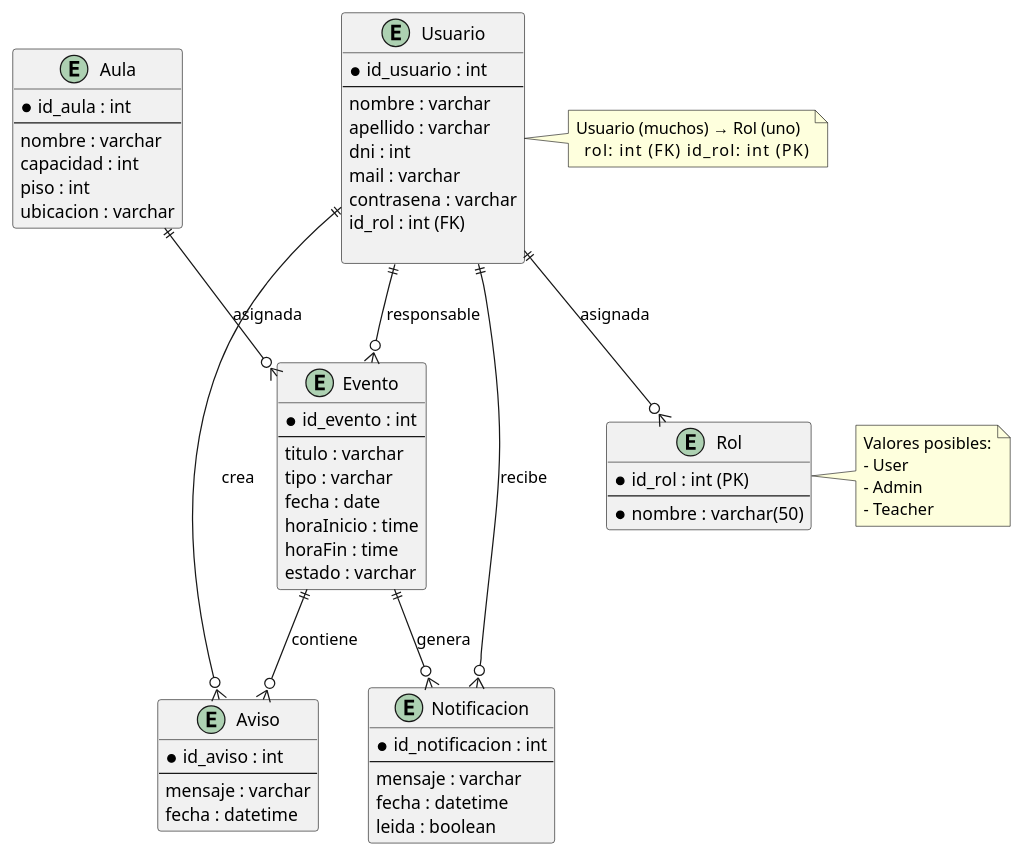
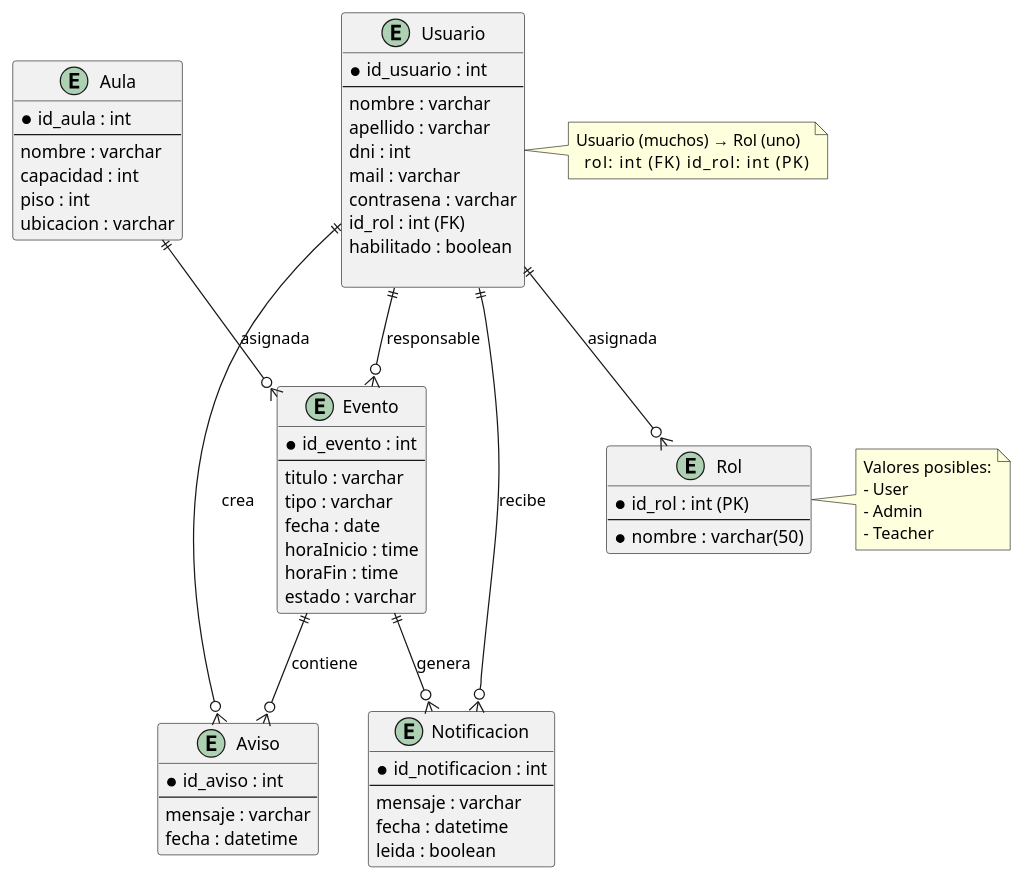
One commit to MaiaBiribin/tp-campus-universitario changed the diagram in documentacion/der.puml. Above: the diagram before and after it, drawn with PlantUML. The commit also changed 1 other file, not shown here.

```diff
--- a/documentacion/der.puml
+++ b/documentacion/der.puml
@@ -1,81 +1,82 @@
 @startuml der
 
 entity Rol {
     * id_rol : int (PK)
     --
     * nombre : varchar(50)
 }
 
 entity Usuario {
   * id_usuario : int
   --
   nombre : varchar
   apellido : varchar
   dni : int
   mail : varchar
   contrasena : varchar
   id_rol : int (FK)
+  habilitado : boolean
   
 }
 
 entity Aula {
   * id_aula : int
   --
   nombre : varchar
   capacidad : int
   piso : int
   ubicacion : varchar
 }
 
 entity Evento {
   * id_evento : int
   --
   titulo : varchar
   tipo : varchar
   fecha : date
   horaInicio : time
   horaFin : time
   estado : varchar
 }
 
 entity Notificacion {
   * id_notificacion : int
   --
   mensaje : varchar
   fecha : datetime
   leida : boolean
 }
 
 entity Aviso {
   * id_aviso : int
   --
   mensaje : varchar
   fecha : datetime
 }
 
 ' RELACIONES
 
 note right of Rol
 Valores posibles:
 - User
 - Admin
 - Teacher
 end note
 
 note right of Usuario
 Usuario (muchos) → Rol (uno)
   rol: int (FK)         id_rol: int (PK)
 end note
 
 Usuario ||--o{ Evento : responsable
 Aula ||--o{ Evento : asignada
 
 Usuario ||--o{ Notificacion : recibe
 Evento ||--o{ Notificacion : genera
 
 Usuario ||--o{ Aviso : crea
 Evento ||--o{ Aviso : contiene
 
 Usuario ||--o{ Rol : asignada
 
 @enduml
```
